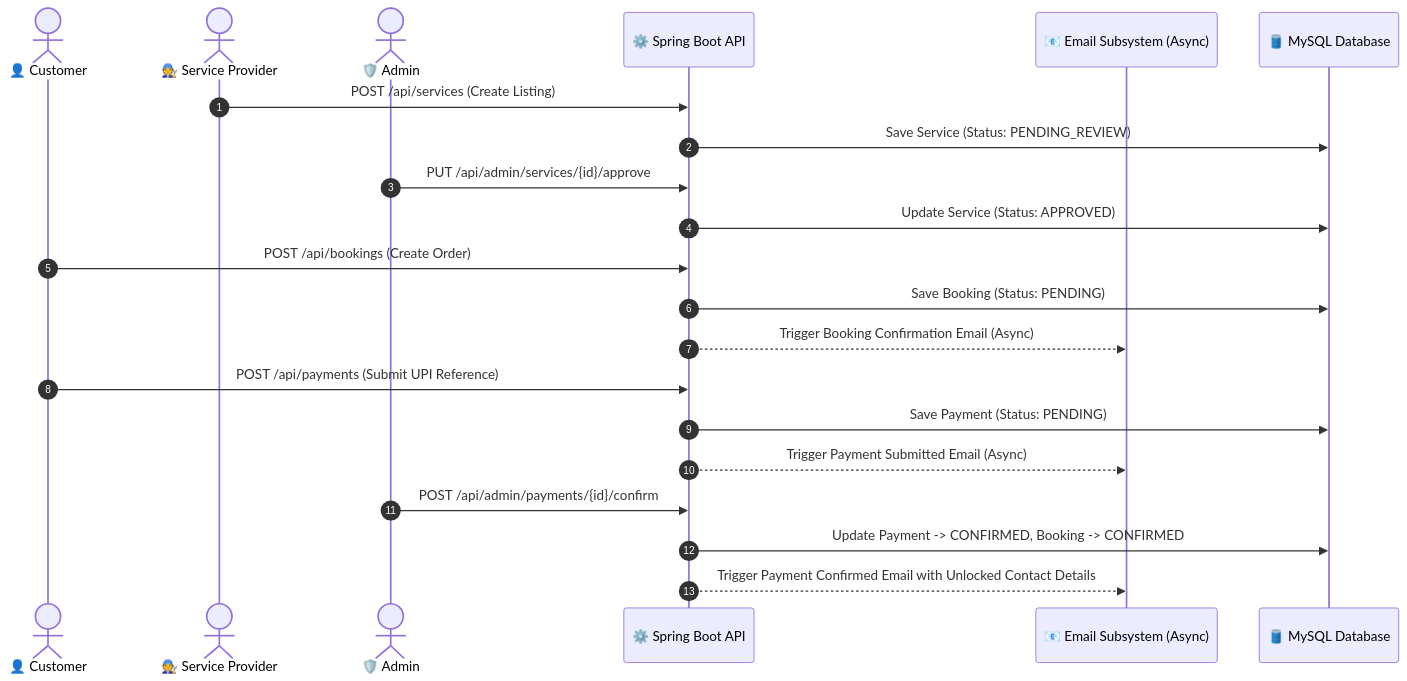
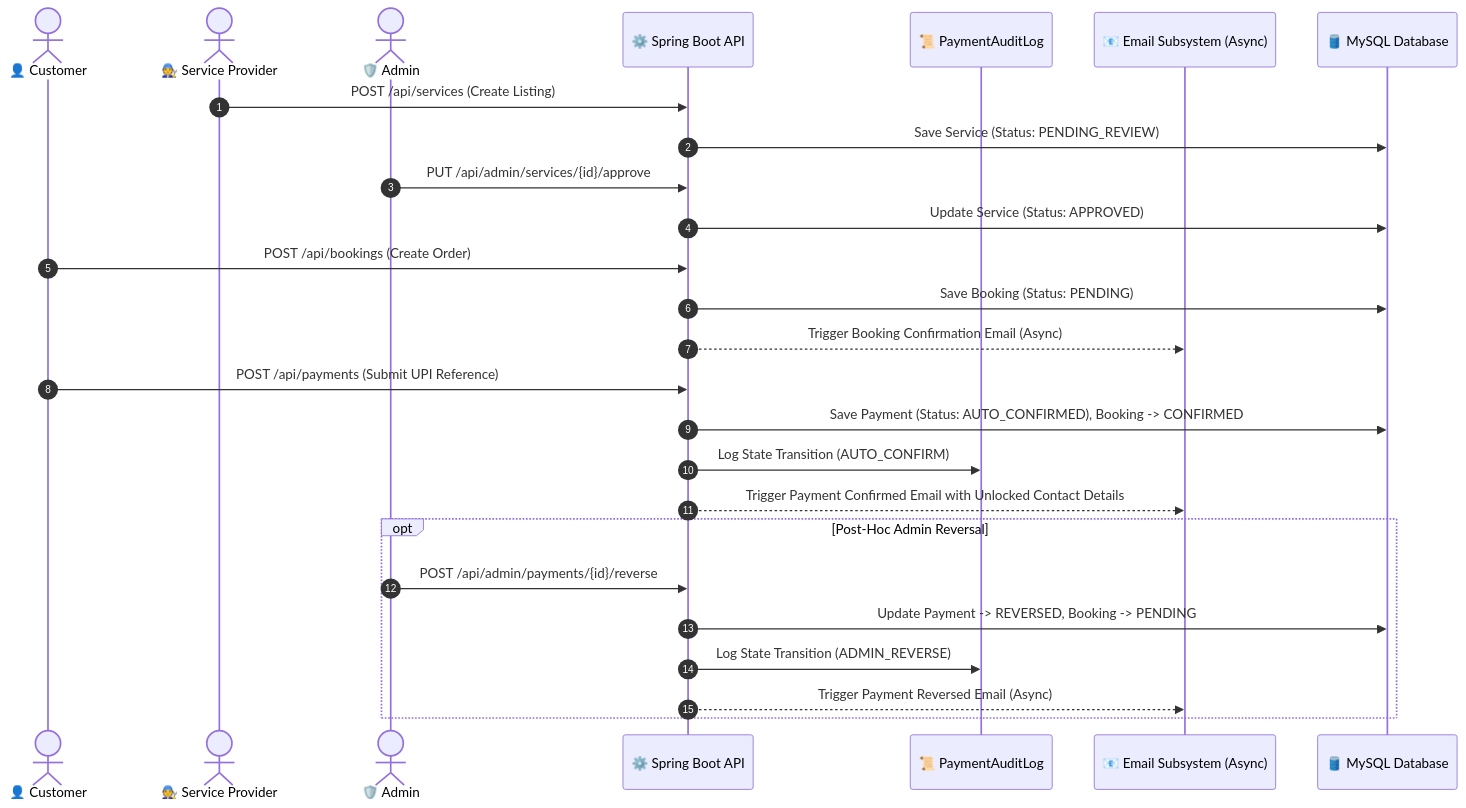
One commit to Vishal8520/smart-service-marketplace changed the diagram in README.md. Above: the diagram before and after it, drawn with Mermaid. The commit also changed other lines of this file, not shown here.

Commit message:
docs: update README to reflect auto-approved payments, audit logging, and database hardening

````diff
--- a/README.md
+++ b/README.md
@@ -90,27 +91,32 @@
 ```mermaid
 sequenceDiagram
     autonumber
     actor Customer as 👤 Customer
     actor Provider as 🧑‍🔧 Service Provider
     actor Admin as 🛡️ Admin
     participant Backend as ⚙️ Spring Boot API
+    participant Audit as 📜 PaymentAuditLog
     participant Mailer as 📧 Email Subsystem (Async)
     participant DB as 🛢️ MySQL Database
 
     Provider->>Backend: POST /api/services (Create Listing)
     Backend->>DB: Save Service (Status: PENDING_REVIEW)
     Admin->>Backend: PUT /api/admin/services/{id}/approve
     Backend->>DB: Update Service (Status: APPROVED)
 
     Customer->>Backend: POST /api/bookings (Create Order)
     Backend->>DB: Save Booking (Status: PENDING)
     Backend-->>Mailer: Trigger Booking Confirmation Email (Async)
 
     Customer->>Backend: POST /api/payments (Submit UPI Reference)
-    Backend->>DB: Save Payment (Status: PENDING)
-    Backend-->>Mailer: Trigger Payment Submitted Email (Async)
+    Backend->>DB: Save Payment (Status: AUTO_CONFIRMED), Booking -> CONFIRMED
+    Backend->>Audit: Log State Transition (AUTO_CONFIRM)
+    Backend-->>Mailer: Trigger Payment Confirmed Email with Unlocked Contact Details
 
-    Admin->>Backend: POST /api/admin/payments/{id}/confirm
-    Backend->>DB: Update Payment -> CONFIRMED, Booking -> CONFIRMED
-    Backend-->>Mailer: Trigger Payment Confirmed Email with Unlocked Contact Details
+    opt Post-Hoc Admin Reversal
+        Admin->>Backend: POST /api/admin/payments/{id}/reverse
+        Backend->>DB: Update Payment -> REVERSED, Booking -> PENDING
+        Backend->>Audit: Log State Transition (ADMIN_REVERSE)
+        Backend-->>Mailer: Trigger Payment Reversed Email (Async)
+    end
 ```
````
